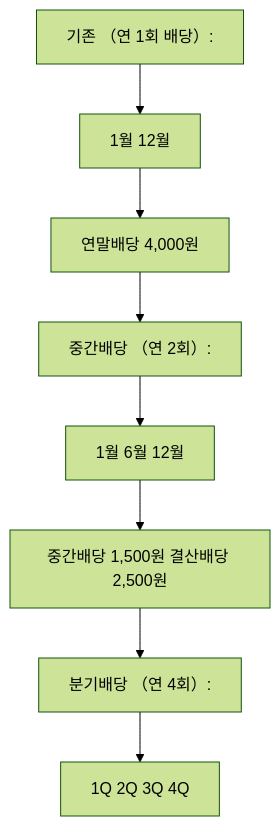
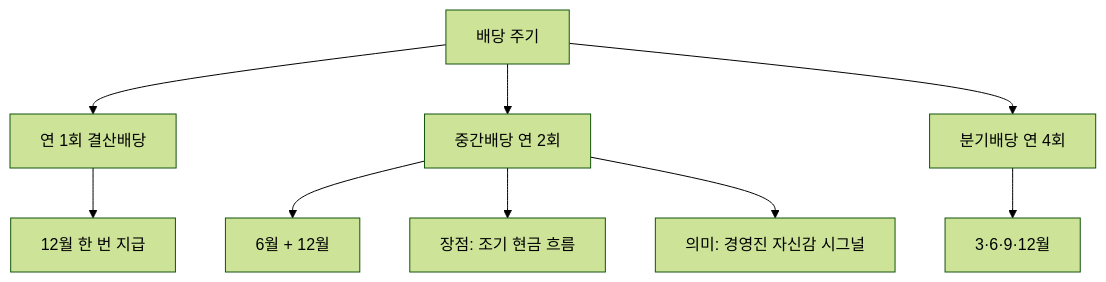
One commit to yeongseon/stock-visual-note changed the diagram in content/stock-terms/ko/level-06-events/interim-dividend.md. Above: the diagram before and after it, drawn with Mermaid (forest theme). The commit also changed other lines of this file and 96 other files, not shown here.

Commit message:
Rewrite all 98 remaining articles: branching Mermaid diagrams, natural search_intent, compelling seo_titles, clean descriptions

````diff
--- a/content/stock-terms/ko/level-06-events/interim-dividend.md
+++ b/content/stock-terms/ko/level-06-events/interim-dividend.md
@@ -39,18 +39,12 @@
 ```mermaid
 graph TD
-    N0["기존 （연 1회 배당）:"]
-    N1["1월 12월"]
-    N2["연말배당 4,000원"]
-    N3["중간배당 （연 2회）:"]
-    N4["1월 6월 12월"]
-    N5["중간배당 1,500원 결산배당 2,500원"]
-    N6["분기배당 （연 4회）:"]
-    N7["1Q 2Q 3Q 4Q"]
-    N0 --> N1
-    N1 --> N2
-    N2 --> N3
-    N3 --> N4
-    N4 --> N5
-    N5 --> N6
-    N6 --> N7
+    A["배당 주기"]
+    A --> B["연 1회 결산배당"]
+    A --> C["중간배당 연 2회"]
+    A --> D["분기배당 연 4회"]
+    B --> B1["12월 한 번 지급"]
+    C --> C1["6월 + 12월"]
+    D --> D1["3·6·9·12월"]
+    C --> E["장점: 조기 현금 흐름"]
+    C --> F["의미: 경영진 자신감 시그널"]
 ```
````
